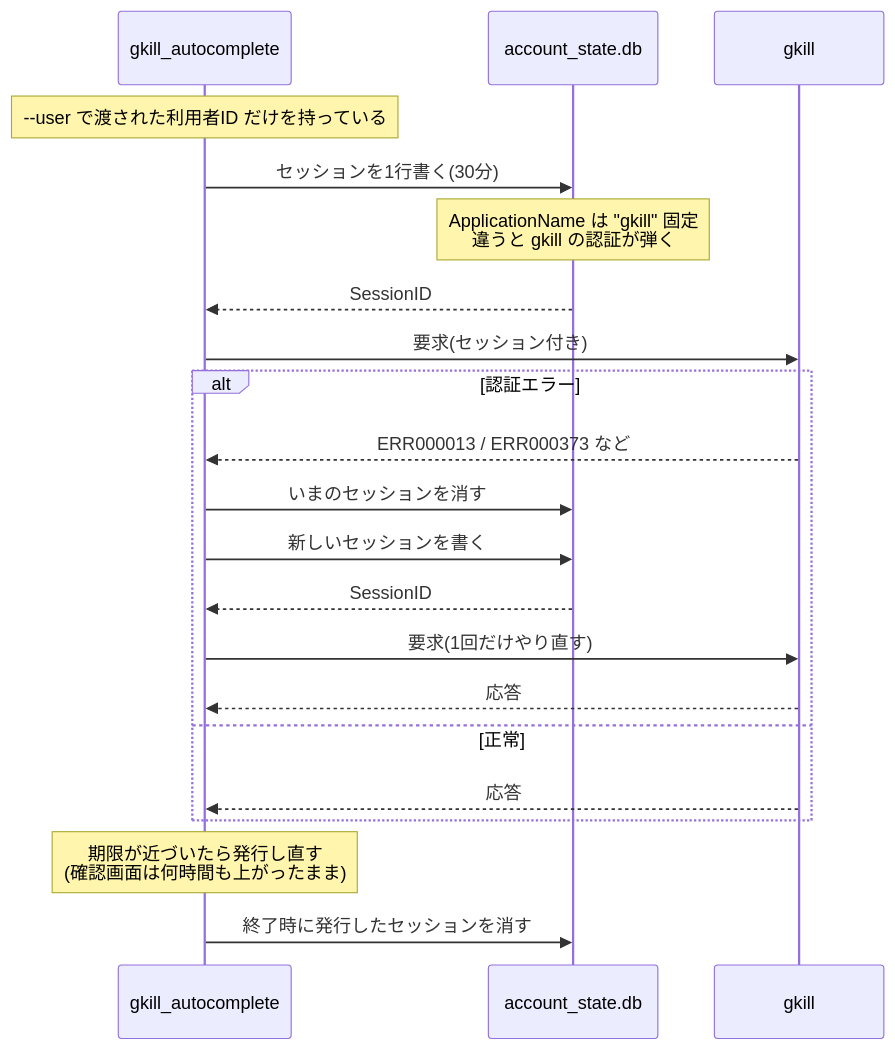
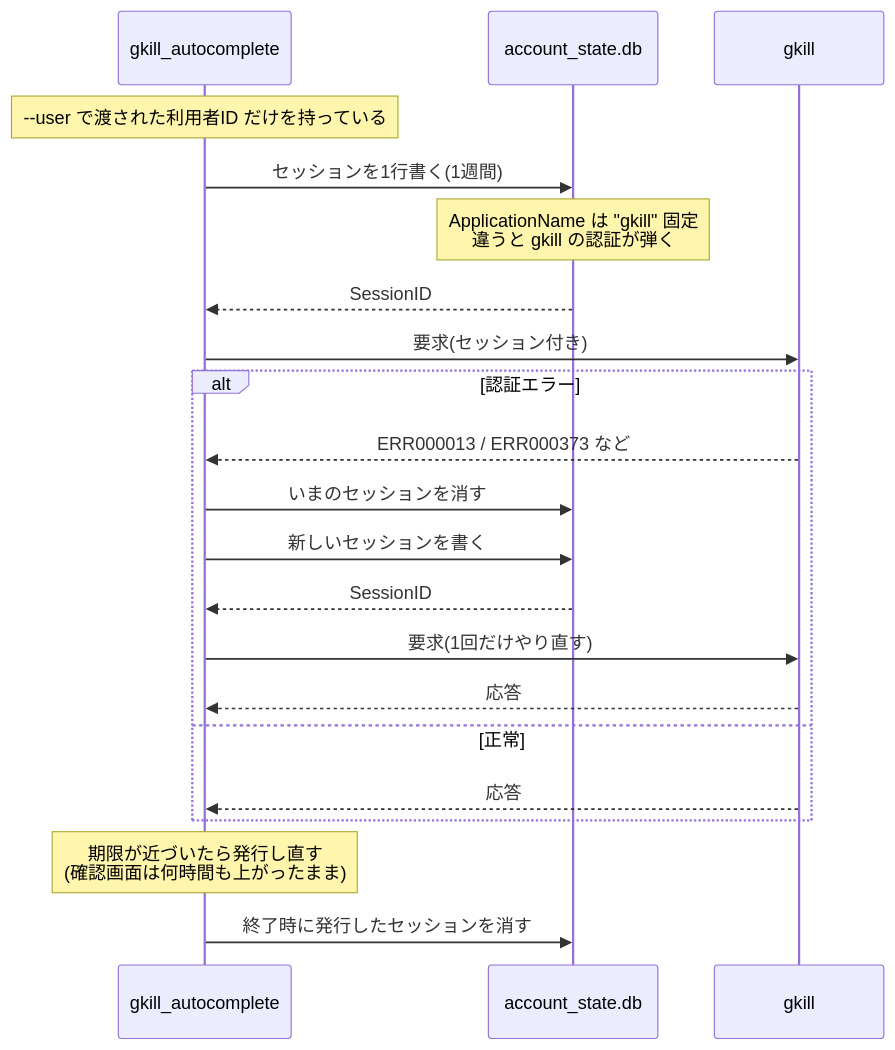
One commit to mt3hr/gkill_autocomplete changed the fifth of 7 diagrams in documents/reverse/sequence-diagrams.md. Above: the diagram before and after it, drawn with Mermaid. The commit also changed 25 other files, not shown here.

````diff
--- a/documents/reverse/sequence-diagrams.md
+++ b/documents/reverse/sequence-diagrams.md
@@ -149,28 +149,28 @@
 ```mermaid
 sequenceDiagram
     participant CLI as gkill_autocomplete
     participant DB as account_state.db
     participant Gkill as gkill
 
     Note over CLI: --user で渡された利用者ID だけを持っている
 
-    CLI->>DB: セッションを1行書く(30分)
+    CLI->>DB: セッションを1行書く(1週間)
     Note over DB: ApplicationName は "gkill" 固定<br/>違うと gkill の認証が弾く
     DB-->>CLI: SessionID
 
     CLI->>Gkill: 要求(セッション付き)
     alt 認証エラー
         Gkill-->>CLI: ERR000013 / ERR000373 など
         CLI->>DB: いまのセッションを消す
         CLI->>DB: 新しいセッションを書く
         DB-->>CLI: SessionID
         CLI->>Gkill: 要求(1回だけやり直す)
         Gkill-->>CLI: 応答
     else 正常
         Gkill-->>CLI: 応答
     end
 
     Note over CLI: 期限が近づいたら発行し直す<br/>(確認画面は何時間も上がったまま)
 
     CLI->>DB: 終了時に発行したセッションを消す
 ```
````
